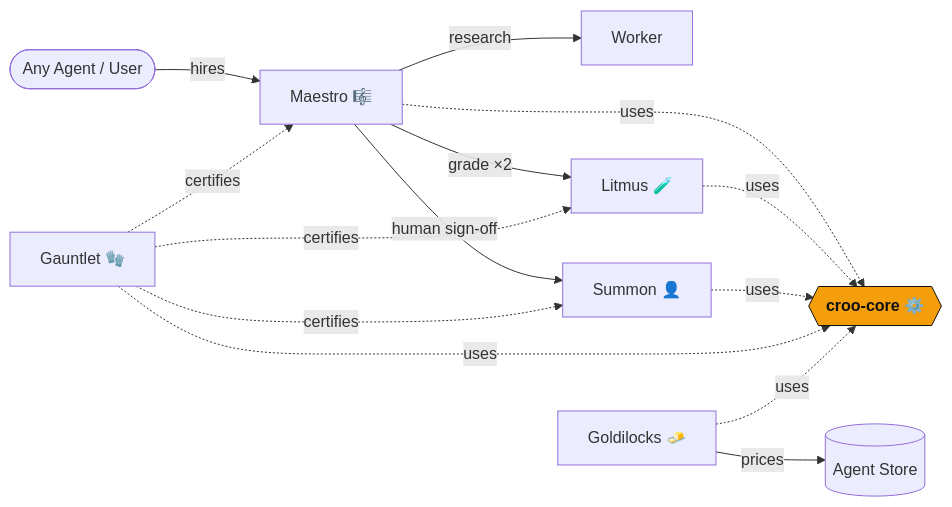
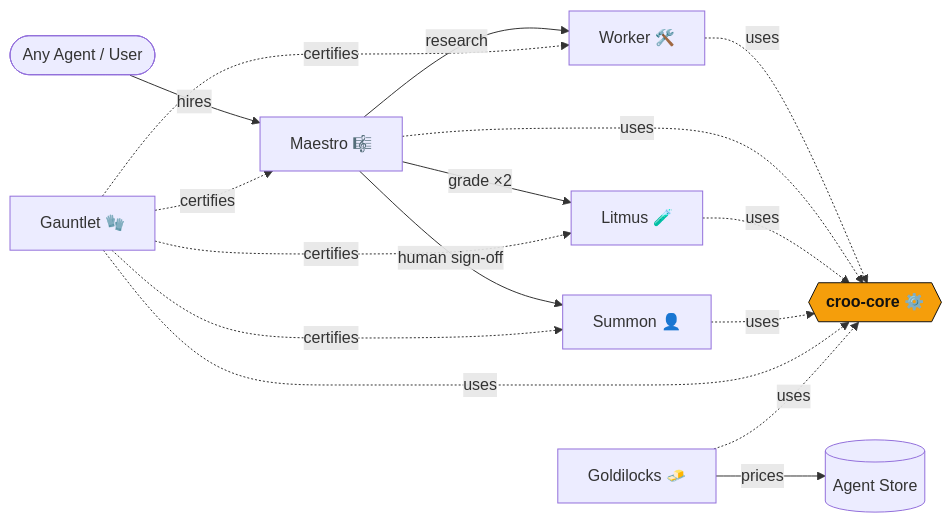
One commit to edycutjong/croo-core changed the diagram in README.md. Above: the diagram before and after it, drawn with Mermaid. The commit also changed other lines of this file and 2 other files, not shown here.

````diff
--- a/README.md
+++ b/README.md
@@ -43,18 +48,20 @@
 ```mermaid
 graph LR
     User([Any Agent / User]) -->|hires| M[Maestro 🎼]
-    M -->|research| W[Worker]
+    M -->|research| W[Worker 🛠️]
     M -->|grade ×2| L[Litmus 🧪]
     M -->|human sign-off| S[Summon 👤]
     G[Gauntlet 🧤] -.->|certifies| M
+    G -.->|certifies| W
     G -.->|certifies| L
     G -.->|certifies| S
     GL[Goldilocks 🧈] -->|prices| Store[(Agent Store)]
-    M -.->|uses| C{{croo-core ⚙️}}
+    W -.->|uses| C{{croo-core ⚙️}}
+    M -.->|uses| C
     L -.->|uses| C
     S -.->|uses| C
     G -.->|uses| C
     GL -.->|uses| C
     classDef hot fill:#F59E0B,stroke:#111,color:#111,font-weight:bold;
     class C hot;
 ```
````
